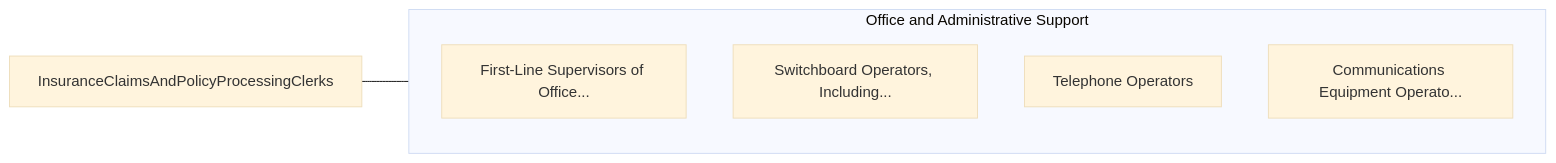
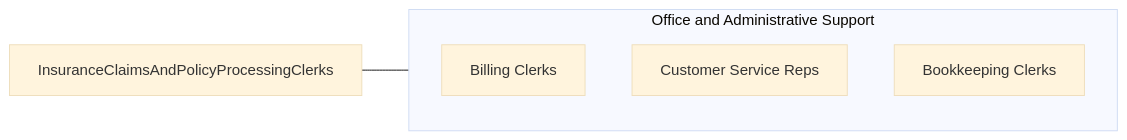
Before and after one commit to kziemski/business.org.ai: the third of 3 diagrams in occupations/Administrative/InsuranceClaimsAndPolicyProcessingClerks.mdx, drawn with Mermaid (base theme). The commit also changed other lines of this file and 938 other files, not shown here.

````diff
--- a/occupations/Administrative/InsuranceClaimsAndPolicyProcessingClerks.mdx
+++ b/occupations/Administrative/InsuranceClaimsAndPolicyProcessingClerks.mdx
@@ -105,13 +105,10 @@
 ```mermaid
 graph LR
     Current["InsuranceClaimsAndPolicyProcessingClerks"]
-
     subgraph SameCategory["Office and Administrative Support"]
-        FirstLineSupervisors["First-Line Supervisors of Office..."]
-        SwitchboardOperators["Switchboard Operators, Including..."]
-        TelephoneOperators["Telephone Operators"]
-        CommunicationsEquipm["Communications Equipment Operato..."]
+        RBillingClerks["Billing Clerks"]
+        RCustomerServiceReps["Customer Service Reps"]
+        RBookkeepingClerks["Bookkeeping Clerks"]
     end
-
     Current --- SameCategory
 ```
````
